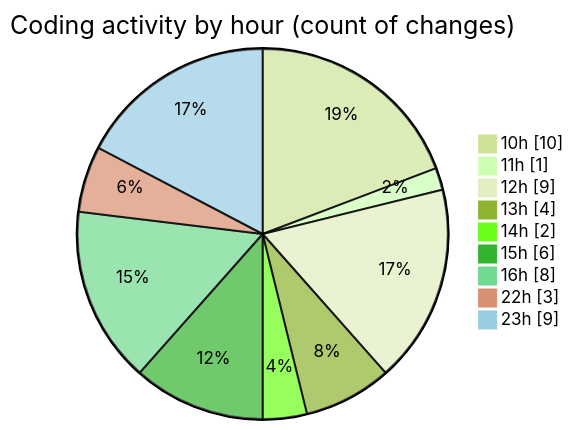
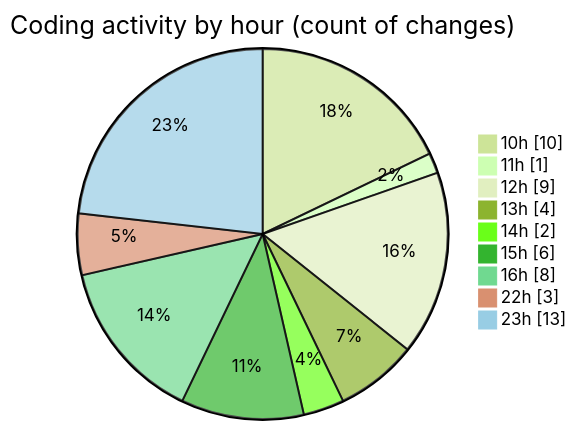
One commit to julien-gomy/code-tracking changed the second of 2 diagrams in 2025-11-20/eventscop-api-guide__workspace_/README.md. Above: the diagram before and after it, drawn with Mermaid (forest theme). The commit also changed other lines of this file and 1 other file, not shown here.

````diff
--- a/2025-11-20/eventscop-api-guide__workspace_/README.md
+++ b/2025-11-20/eventscop-api-guide__workspace_/README.md
@@ -44,13 +45,13 @@
 ```mermaid
 pie showData
 title Coding activity by hour (count of changes)
 "10h" : 10
 "11h" : 1
 "12h" : 9
 "13h" : 4
 "14h" : 2
 "15h" : 6
 "16h" : 8
 "22h" : 3
-"23h" : 9
+"23h" : 13
 ```
````
